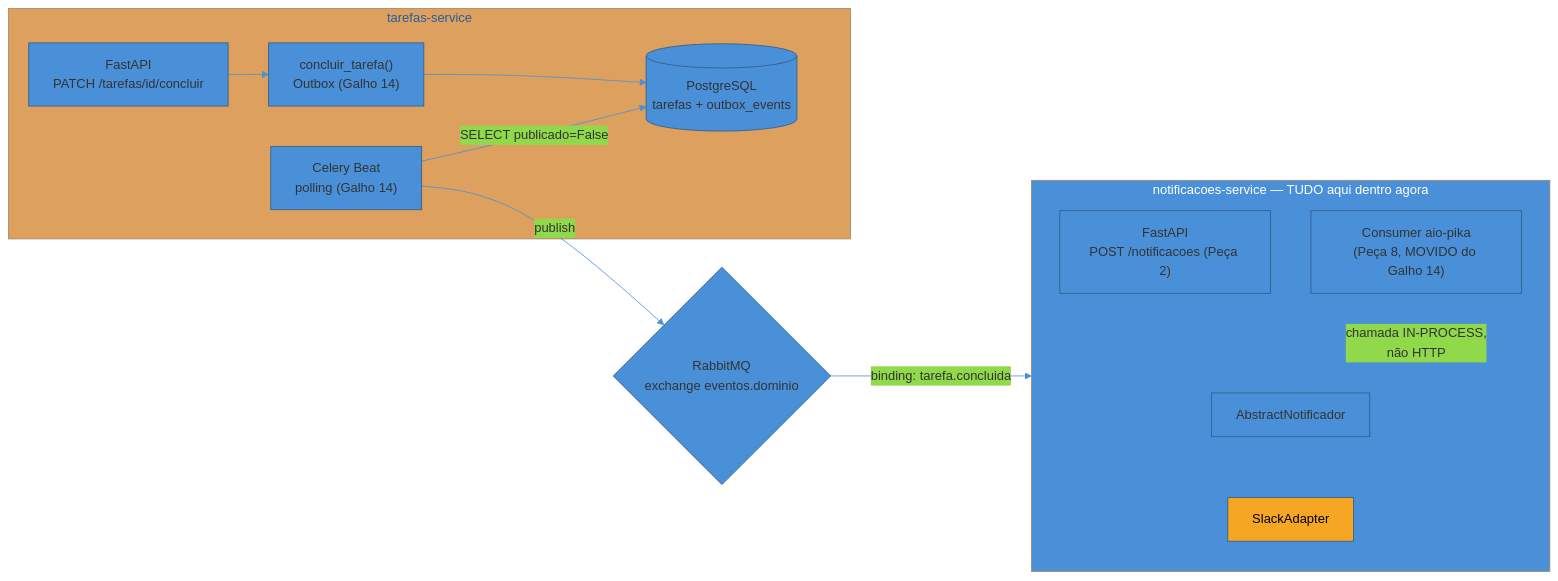
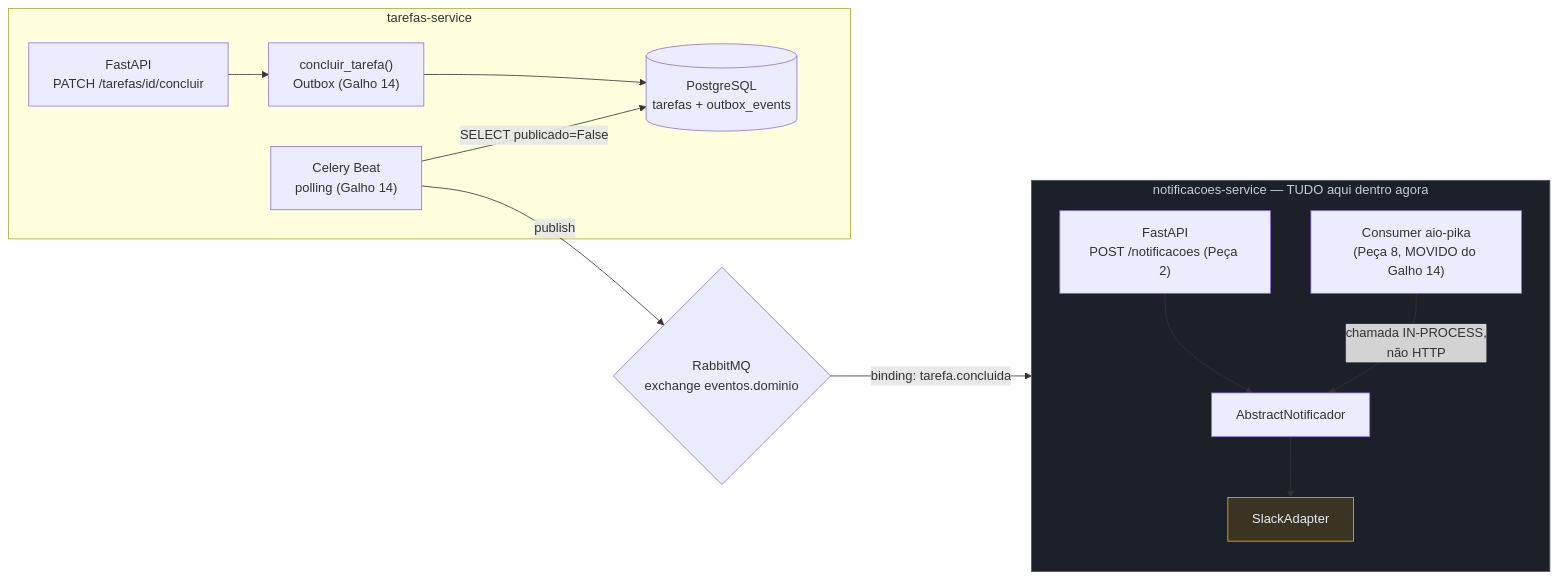
The third of 5 diagrams in 03-Dominios/Tecnologia/Python/Microservices e sistemas distribuídos/08 - Capstone — extraindo o serviço de Notificações.md (josenaldo/codex-technomanticus), drawn with Mermaid before and after one commit. The commit also changed other lines of this file and 1181 other files, not shown here.

First line of the commit message:
fix(diagramas): paleta do sistema no lugar de cor cravada no markdown

````diff
--- a/03-Dominios/Tecnologia/Python/Microservices e sistemas distribuídos/08 - Capstone — extraindo o serviço de Notificações.md
+++ b/03-Dominios/Tecnologia/Python/Microservices e sistemas distribuídos/08 - Capstone — extraindo o serviço de Notificações.md
@@ -517,31 +517,32 @@
 ```mermaid
-%%{init: {"theme": "base", "themeVariables": {"primaryColor": "#4A90D9", "primaryBorderColor": "#2E5C8A", "lineColor": "#4A90D9"}}}%%
 flowchart LR
+    classDef neutro fill:#1B2029,stroke:#4E5666,color:#C6CCD8
+    classDef destaque fill:#FFAA0024,stroke:#FFAA00,color:#E9ECF2
     subgraph Tarefas["tarefas-service"]
         HTTP["FastAPI\nPATCH /tarefas/id/concluir"]
         SVC["concluir_tarefa()\nOutbox (Galho 14)"]
         DB[("PostgreSQL\ntarefas + outbox_events")]
         BEAT["Celery Beat\npolling (Galho 14)"]
     end
 
     MQ{"RabbitMQ\nexchange eventos.dominio"}
 
     subgraph Notif["notificacoes-service — TUDO aqui dentro agora"]
         direction TB
         API["FastAPI\nPOST /notificacoes (Peça 2)"]
         CONSUMER["Consumer aio-pika\n(Peça 8, MOVIDO do Galho 14)"]
         NOTIF_PORT["AbstractNotificador"]
         SLACK["SlackAdapter"]
         API --> NOTIF_PORT
         CONSUMER -->|"chamada IN-PROCESS,\nnão HTTP"| NOTIF_PORT
         NOTIF_PORT --> SLACK
     end
 
     HTTP --> SVC --> DB
     BEAT -->|"SELECT publicado=False"| DB
     BEAT -->|publish| MQ
     MQ -->|"binding: tarefa.concluida"| CONSUMER
 
-    style Notif fill:#4A90D9,color:#fff
-    style SLACK fill:#F5A623,color:#000
+    class Notif neutro
+    class SLACK destaque
 ```
````
